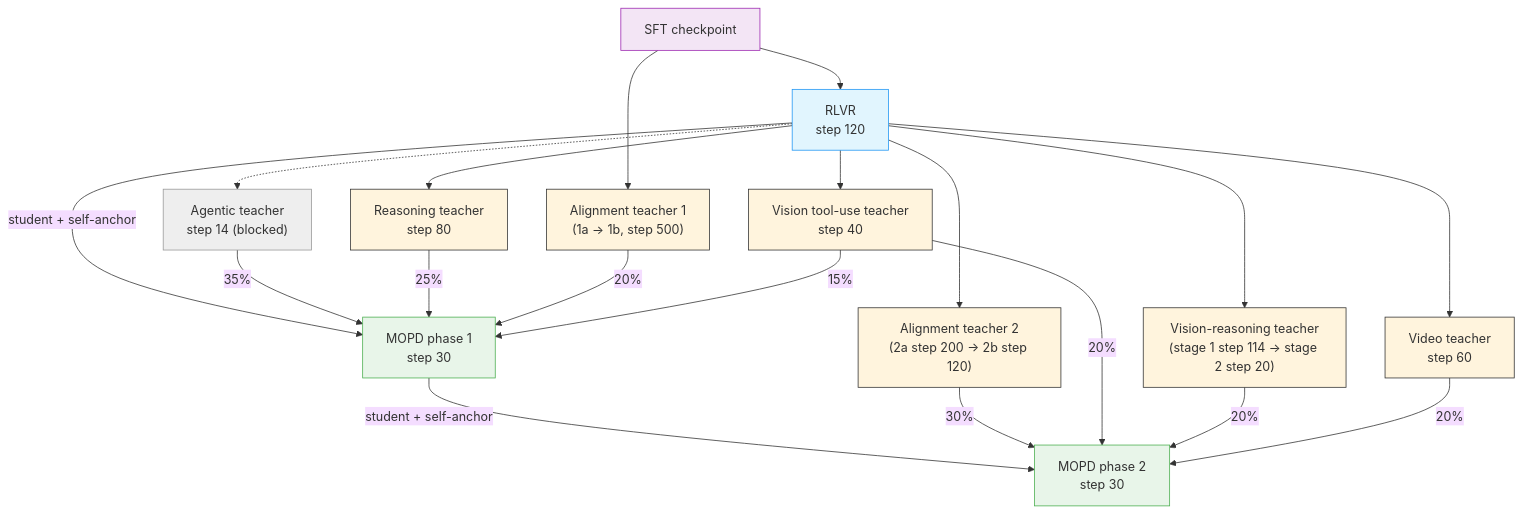
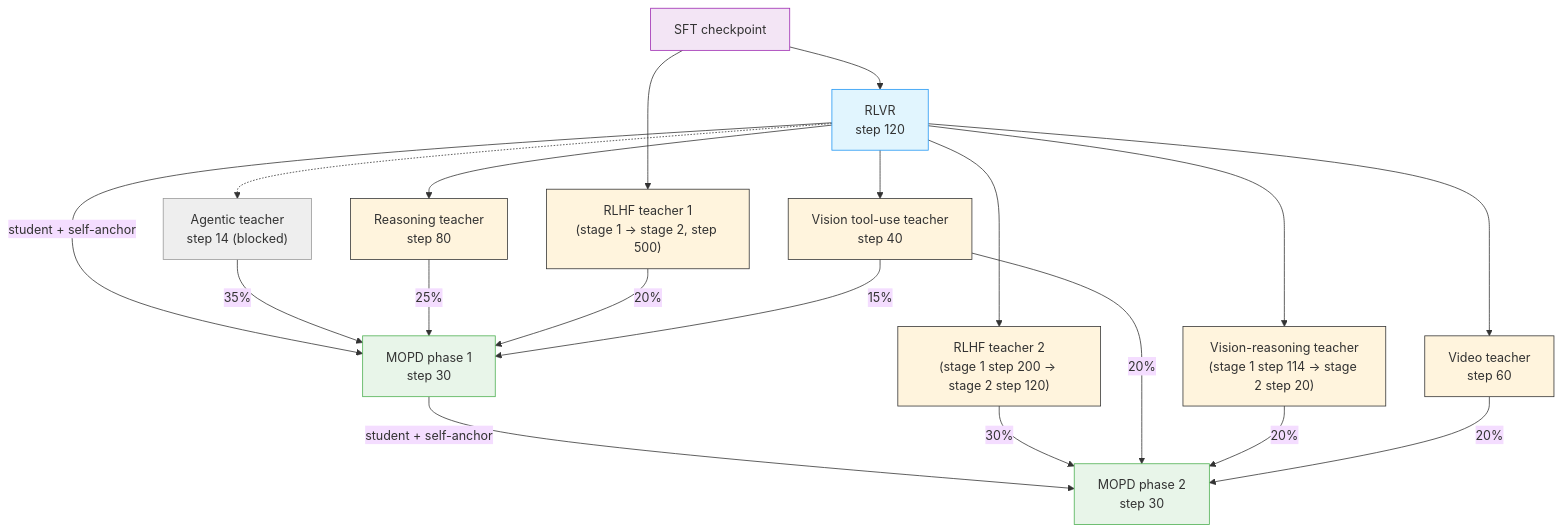
Before and after one commit to NVIDIA-NeMo/Nemotron: the diagram in docs/nemotron/super35/rl/index.md, drawn with Mermaid. The commit also changed other lines of this file and 26 other files, not shown here.

````diff
--- a/docs/nemotron/super35/rl/index.md
+++ b/docs/nemotron/super35/rl/index.md
@@ -32,31 +21,31 @@
 ```mermaid
 %%{init: {'theme': 'base', 'themeVariables': { 'primaryBorderColor': '#333333', 'lineColor': '#333333', 'primaryTextColor': '#333333'}}}%%
 flowchart TD
     SFT["SFT checkpoint"] --> RLVR["RLVR<br/>step 120"]
-    SFT --> H1["Alignment teacher 1<br/>(1a → 1b, step 500)"]
+    SFT --> H1["RLHF teacher 1<br/>(stage 1 → stage 2, step 500)"]
 
     RLVR -.-> A["Agentic teacher<br/>step 14 (blocked)"]
     RLVR --> R["Reasoning teacher<br/>step 80"]
     RLVR --> V["Vision tool-use teacher<br/>step 40"]
     RLVR --> VID["Video teacher<br/>step 60"]
     RLVR --> VR["Vision-reasoning teacher<br/>(stage 1 step 114 → stage 2 step 20)"]
-    RLVR --> H2["Alignment teacher 2<br/>(2a step 200 → 2b step 120)"]
+    RLVR --> H2["RLHF teacher 2<br/>(stage 1 step 200 → stage 2 step 120)"]
 
     RLVR -->|"student + self-anchor"| M1["MOPD phase 1<br/>step 30"]
     A -->|"35%"| M1
     R -->|"25%"| M1
     H1 -->|"20%"| M1
     V -->|"15%"| M1
 
     M1 -->|"student + self-anchor"| M2["MOPD phase 2<br/>step 30"]
     H2 -->|"30%"| M2
     V -->|"20%"| M2
     VR -->|"20%"| M2
     VID -->|"20%"| M2
 
     style SFT fill:#f3e5f5,stroke:#9c27b0
     style RLVR fill:#e1f5fe,stroke:#2196f3
     style M1 fill:#e8f5e9,stroke:#4caf50
     style M2 fill:#e8f5e9,stroke:#4caf50
     style A fill:#eeeeee,stroke:#999999
 ```
````
